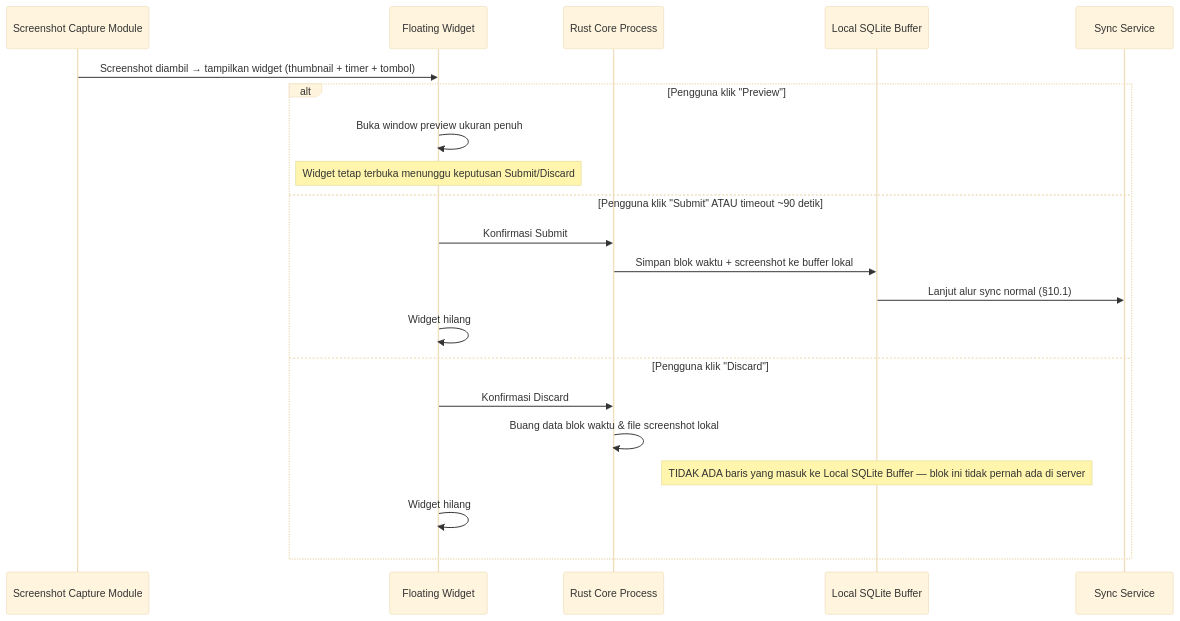
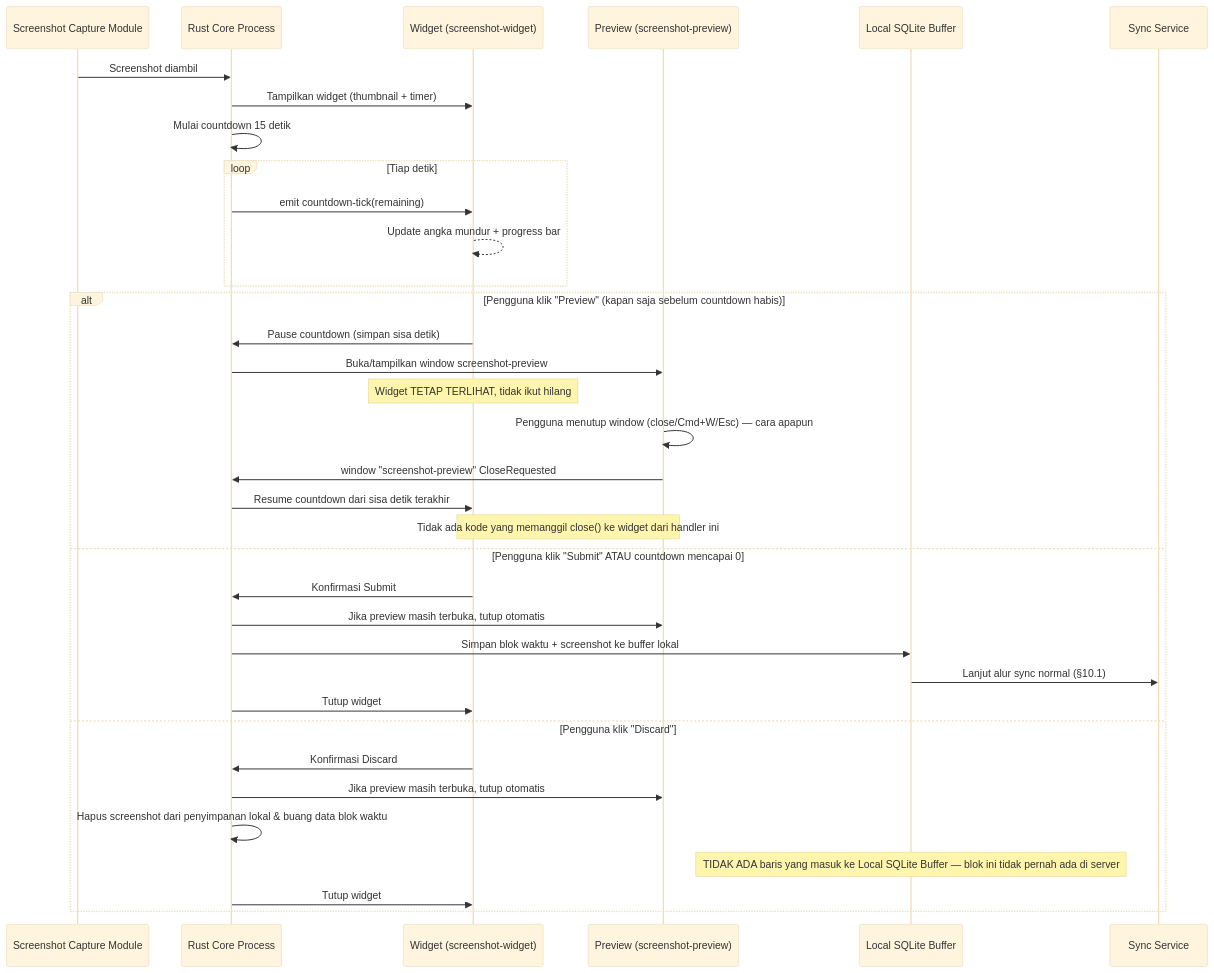
Before and after one commit to itshazlan/trackflow: diagram 12 of 13 in SDD_Lean_Internal.md, drawn with Mermaid (base theme). The commit also changed other lines of this file and 8 other files, not shown here.

Commit message:
feat: implement 15-second screenshot widget countdown with independent preview window and transparent UI styling

````diff
--- a/SDD_Lean_Internal.md
+++ b/SDD_Lean_Internal.md
@@ -799,24 +803,39 @@
 ```mermaid
 sequenceDiagram
     participant CAP as Screenshot Capture Module
-    participant W as Floating Widget
     participant CORE as Rust Core Process
+    participant W as Widget (screenshot-widget)
+    participant P as Preview (screenshot-preview)
     participant DB as Local SQLite Buffer
     participant SYNC as Sync Service
 
-    CAP->>W: Screenshot diambil → tampilkan widget (thumbnail + timer + tombol)
-    alt Pengguna klik "Preview"
-        W->>W: Buka window preview ukuran penuh
-        Note over W: Widget tetap terbuka menunggu keputusan Submit/Discard
-    else Pengguna klik "Submit" ATAU timeout ~90 detik
+    CAP->>CORE: Screenshot diambil
+    CORE->>W: Tampilkan widget (thumbnail + timer)
+    CORE->>CORE: Mulai countdown 15 detik
+    loop Tiap detik
+        CORE->>W: emit countdown-tick(remaining)
+        W-->>W: Update angka mundur + progress bar
+    end
+
+    alt Pengguna klik "Preview" (kapan saja sebelum countdown habis)
+        W->>CORE: Pause countdown (simpan sisa detik)
+        CORE->>P: Buka/tampilkan window screenshot-preview
+        Note over W: Widget TETAP TERLIHAT, tidak ikut hilang
+        P->>P: Pengguna menutup window (close/Cmd+W/Esc) — cara apapun
+        P->>CORE: window "screenshot-preview" CloseRequested
+        CORE->>W: Resume countdown dari sisa detik terakhir
+        Note over W,P: Tidak ada kode yang memanggil close() ke widget dari handler ini
+    else Pengguna klik "Submit" ATAU countdown mencapai 0
         W->>CORE: Konfirmasi Submit
+        CORE->>P: Jika preview masih terbuka, tutup otomatis
         CORE->>DB: Simpan blok waktu + screenshot ke buffer lokal
         DB->>SYNC: Lanjut alur sync normal (§10.1)
-        W->>W: Widget hilang
+        CORE->>W: Tutup widget
     else Pengguna klik "Discard"
         W->>CORE: Konfirmasi Discard
-        CORE->>CORE: Buang data blok waktu & file screenshot lokal
+        CORE->>P: Jika preview masih terbuka, tutup otomatis
+        CORE->>CORE: Hapus screenshot dari penyimpanan lokal & buang data blok waktu
         Note over DB: TIDAK ADA baris yang masuk ke Local SQLite Buffer — blok ini tidak pernah ada di server
-        W->>W: Widget hilang
+        CORE->>W: Tutup widget
     end
 ```
````
